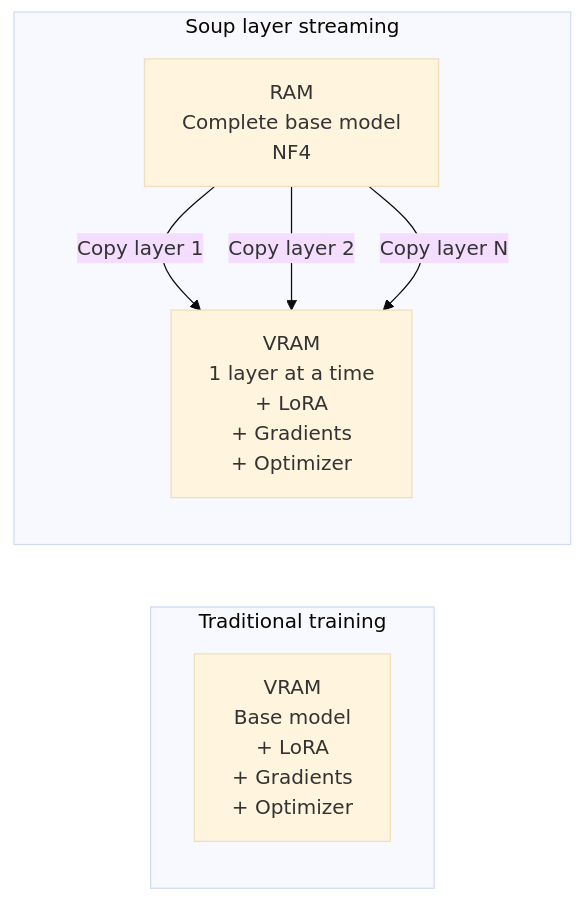
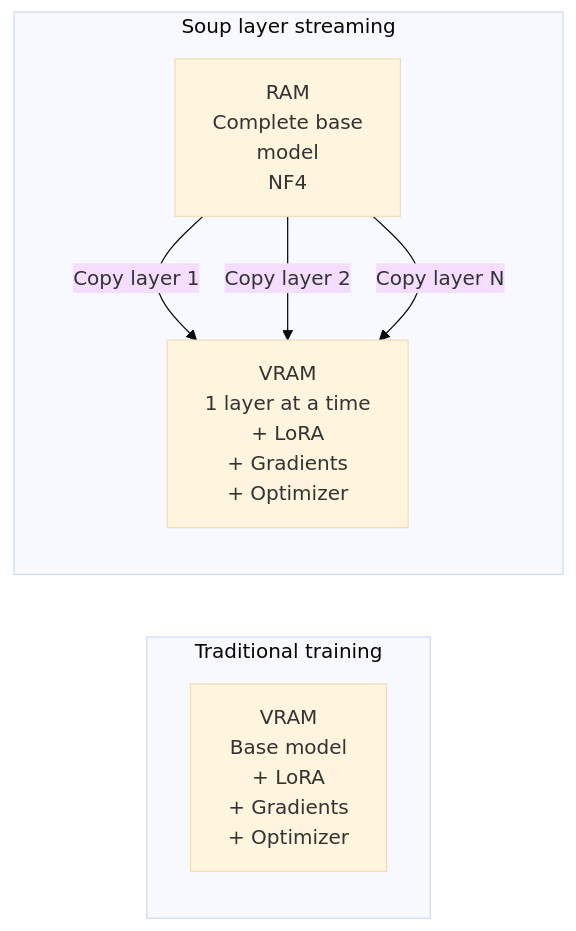
One commit to alicino/kb-blog changed the diagram in src/content/articles/en/2026-09-11-soup-cli-layer-streaming-llm-modest-gpu.md. Above: the diagram before and after it, drawn with Mermaid (base theme). The commit also changed other lines of this file and 81 other files, not shown here.

First line of the commit message:
fix(paridade): corrige render dos diagramas e padroniza a capa em 1200x333

````diff
--- a/src/content/articles/en/2026-09-11-soup-cli-layer-streaming-llm-modest-gpu.md
+++ b/src/content/articles/en/2026-09-11-soup-cli-layer-streaming-llm-modest-gpu.md
@@ -39,14 +56,14 @@
 ```mermaid
 flowchart LR
     subgraph RESIDENT[Traditional training]
         VRAM1[VRAM<br>Base model<br>+ LoRA<br>+ Gradients<br>+ Optimizer]
     end
 
     subgraph STREAMING[Soup layer streaming]
-        RAM[RAM<br>Complete base model<br>NF4]
+        RAM[RAM<br>Complete base<br>model<br>NF4]
         VRAM2[VRAM<br>1 layer at a time<br>+ LoRA<br>+ Gradients<br>+ Optimizer]
         RAM -->|Copy layer 1| VRAM2
         RAM -->|Copy layer 2| VRAM2
         RAM -->|Copy layer N| VRAM2
     end
 ```
````
